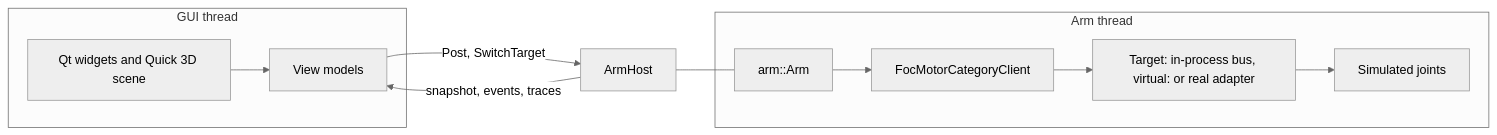
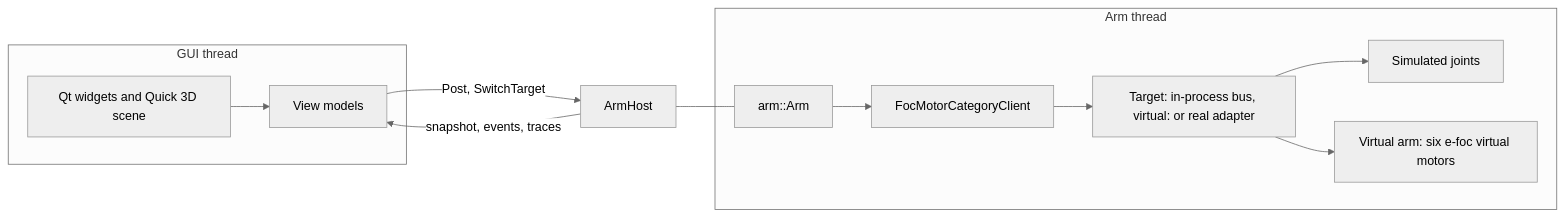
The third of 3 diagrams in documentation/design/simulator.md (embedded-pro/e-robot-arm), drawn with Mermaid (neutral theme) before and after one commit. The commit also changed other lines of this file and 45 other files, not shown here.

First line of the commit message:
feat(simulator): virtual arm target with a Virtual Motors dock

````diff
--- a/documentation/design/simulator.md
+++ b/documentation/design/simulator.md
@@ -270,14 +296,15 @@
 ```mermaid
 flowchart LR
     subgraph GUI thread
         W[Qt widgets and Quick 3D scene] --> VM[View models]
     end
     subgraph Arm thread
         AR[arm::Arm] --> C[FocMotorCategoryClient]
         C --> T[Target: in-process bus, virtual: or real adapter]
         T --> SJ[Simulated joints]
+        T --> VA[Virtual arm: six e-foc virtual motors]
     end
     VM -- Post, SwitchTarget --> H[ArmHost]
     H -- snapshot, events, traces --> VM
     H --- AR
 ```
````
